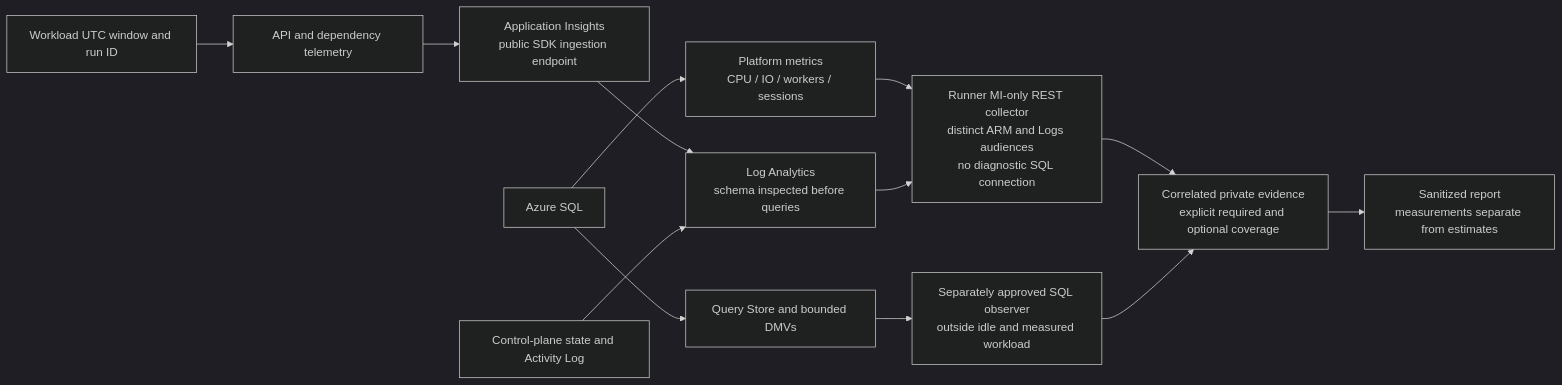
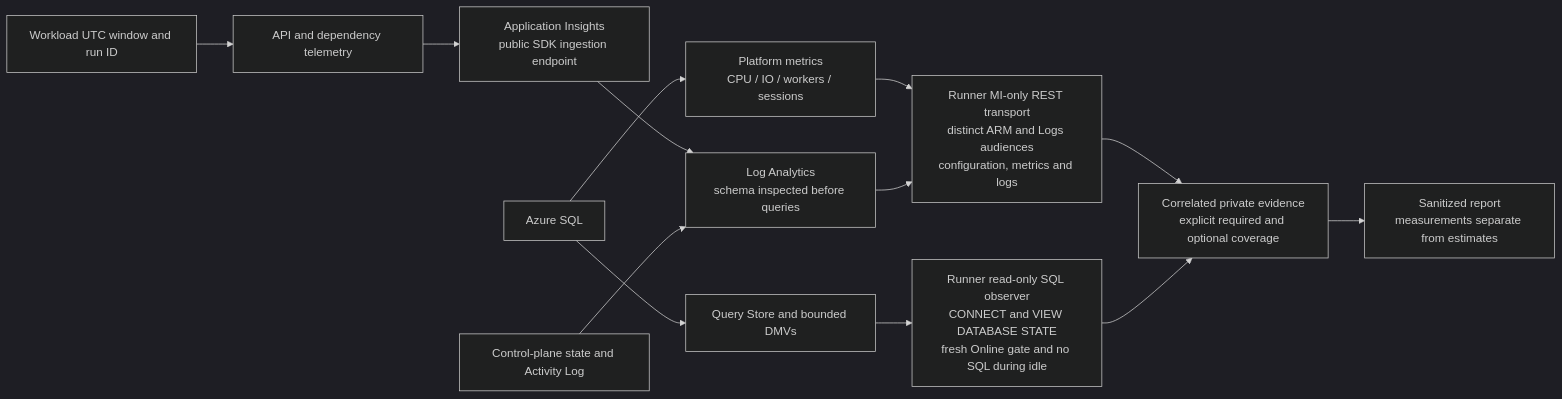
The third of 8 diagrams in docs/architecture-diagram.md (regshih/azure-sql-vcore-poc), drawn with Mermaid (dark theme) before and after one commit. The commit also changed other lines of this file and 20 other files, not shown here.

````diff
--- a/docs/architecture-diagram.md
+++ b/docs/architecture-diagram.md
@@ -49,15 +49,15 @@
 ```mermaid
 flowchart LR
     Requests["Workload UTC window and run ID"] --> App["API and dependency telemetry"]
     App --> Insights["Application Insights<br/>public SDK ingestion endpoint"]
     Insights --> Logs["Log Analytics<br/>schema inspected before queries"]
     SQL["Azure SQL"] --> Metrics["Platform metrics<br/>CPU / IO / workers / sessions"]
     SQL --> QS["Query Store and bounded DMVs"]
     Control["Control-plane state and Activity Log"] --> Logs
-    Metrics --> REST["Runner MI-only REST collector<br/>distinct ARM and Logs audiences<br/>no diagnostic SQL connection"]
+    Metrics --> REST["Runner MI-only REST transport<br/>distinct ARM and Logs audiences<br/>configuration, metrics and logs"]
     Logs --> REST
     REST --> Evidence["Correlated private evidence<br/>explicit required and optional coverage"]
-    QS --> Observer["Separately approved SQL observer<br/>outside idle and measured workload"]
+    QS --> Observer["Runner read-only SQL observer<br/>CONNECT and VIEW DATABASE STATE<br/>fresh Online gate and no SQL during idle"]
     Observer --> Evidence
     Evidence --> Report["Sanitized report<br/>measurements separate from estimates"]
 ```
````
